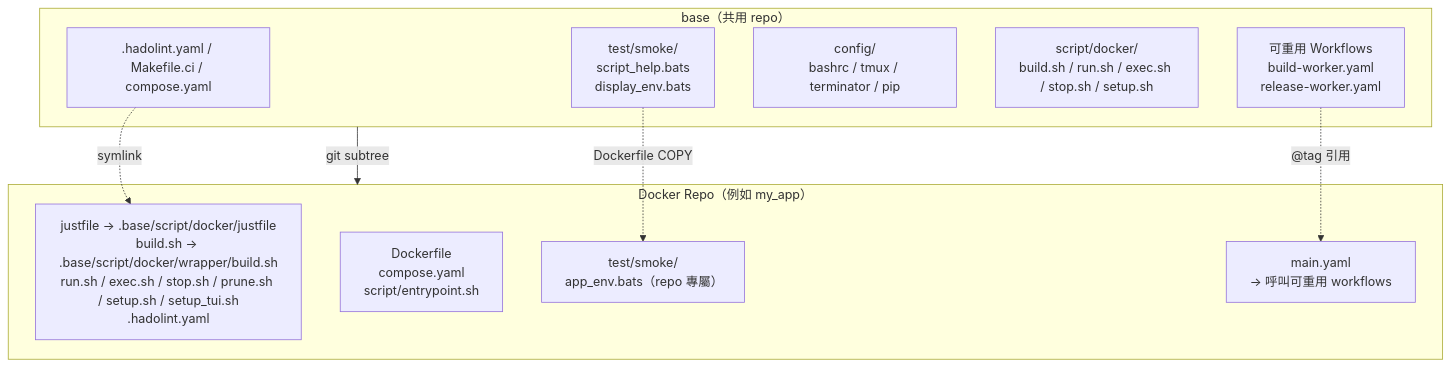
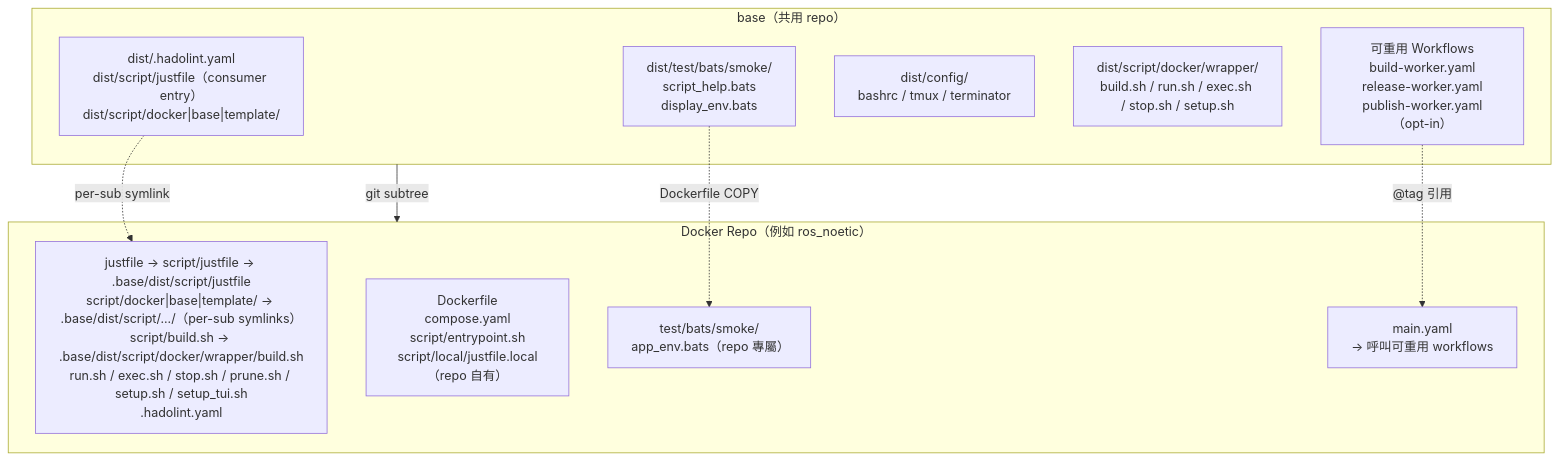
Before and after one commit to ycpss91255-docker/isaac: the first of 2 diagrams in .base/doc/readme/README.zh-TW.md, drawn with Mermaid. The commit also changed other lines of this file and 411 other files, not shown here.

````diff
--- a/.base/doc/readme/README.zh-TW.md
+++ b/.base/doc/readme/README.zh-TW.md
@@ -56,22 +84,22 @@
 ```mermaid
 graph TB
     subgraph base["base（共用 repo）"]
-        scripts[".hadolint.yaml / Makefile.ci / compose.yaml"]
-        smoke["test/smoke/<br/>script_help.bats<br/>display_env.bats"]
-        config["config/<br/>bashrc / tmux / terminator / pip"]
-        mgmt["script/docker/<br/>build.sh / run.sh / exec.sh / stop.sh / setup.sh"]
-        workflows["可重用 Workflows<br/>build-worker.yaml<br/>release-worker.yaml"]
+        scripts["dist/.hadolint.yaml<br/>dist/script/justfile（consumer entry）<br/>dist/script/docker|base|template/"]
+        smoke["dist/test/bats/smoke/<br/>script_help.bats<br/>display_env.bats"]
+        config["dist/config/<br/>bashrc / tmux / terminator"]
+        mgmt["dist/script/docker/wrapper/<br/>build.sh / run.sh / exec.sh / stop.sh / setup.sh"]
+        workflows["可重用 Workflows<br/>build-worker.yaml<br/>release-worker.yaml<br/>publish-worker.yaml（opt-in）"]
     end
 
-    subgraph consumer["Docker Repo（例如 my_app）"]
-        symlinks["justfile → .base/script/docker/justfile<br/>build.sh → .base/script/docker/wrapper/build.sh<br/>run.sh / exec.sh / stop.sh / prune.sh / setup.sh / setup_tui.sh<br/>.hadolint.yaml"]
-        dockerfile["Dockerfile<br/>compose.yaml<br/>script/entrypoint.sh"]
-        repo_test["test/smoke/<br/>app_env.bats（repo 專屬）"]
+    subgraph consumer["Docker Repo（例如 ros_noetic）"]
+        symlinks["justfile → script/justfile → .base/dist/script/justfile<br/>script/docker|base|template/ → .base/dist/script/.../（per-sub symlinks）<br/>script/build.sh → .base/dist/script/docker/wrapper/build.sh<br/>run.sh / exec.sh / stop.sh / prune.sh / setup.sh / setup_tui.sh<br/>.hadolint.yaml"]
+        dockerfile["Dockerfile<br/>compose.yaml<br/>script/entrypoint.sh<br/>script/local/justfile.local（repo 自有）"]
+        repo_test["test/bats/smoke/<br/>app_env.bats（repo 專屬）"]
         main_yaml["main.yaml<br/>→ 呼叫可重用 workflows"]
     end
 
     base -- "git subtree" --> consumer
-    scripts -. "symlink" .-> symlinks
+    scripts -. "per-sub symlink" .-> symlinks
     smoke -. "Dockerfile COPY" .-> repo_test
     workflows -. "@tag 引用" .-> main_yaml
 ```
````
